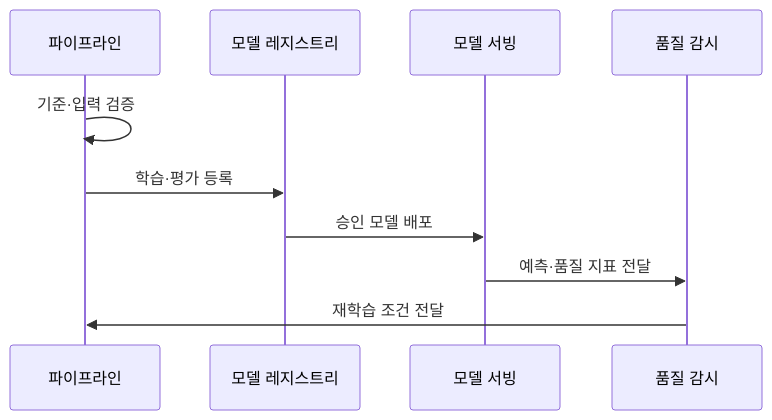
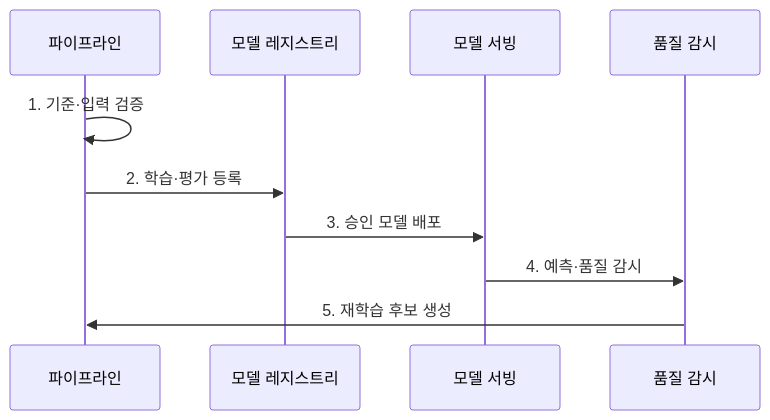
One commit to agnusdei1207/knowledge-base changed the second of 2 diagrams in src/content/docs/notes/03-software/202_mlops_pipeline.md. Above: the diagram before and after it, drawn with Mermaid. The commit also changed other lines of this file and 20 other files, not shown here.

````diff
--- a/src/content/docs/notes/03-software/202_mlops_pipeline.md
+++ b/src/content/docs/notes/03-software/202_mlops_pipeline.md
@@ -81,12 +85,12 @@
 ```mermaid
 sequenceDiagram
     participant O as 파이프라인
     participant R as 모델 레지스트리
     participant S as 모델 서빙
     participant M as 품질 감시
-    O->>O: 기준·입력 검증
-    O->>R: 학습·평가 등록
-    R->>S: 승인 모델 배포
-    S->>M: 예측·품질 지표 전달
-    M->>O: 재학습 조건 전달
+    O->>O: 1. 기준·입력 검증
+    O->>R: 2. 학습·평가 등록
+    R->>S: 3. 승인 모델 배포
+    S->>M: 4. 예측·품질 감시
+    M->>O: 5. 재학습 후보 생성
 ```
````
